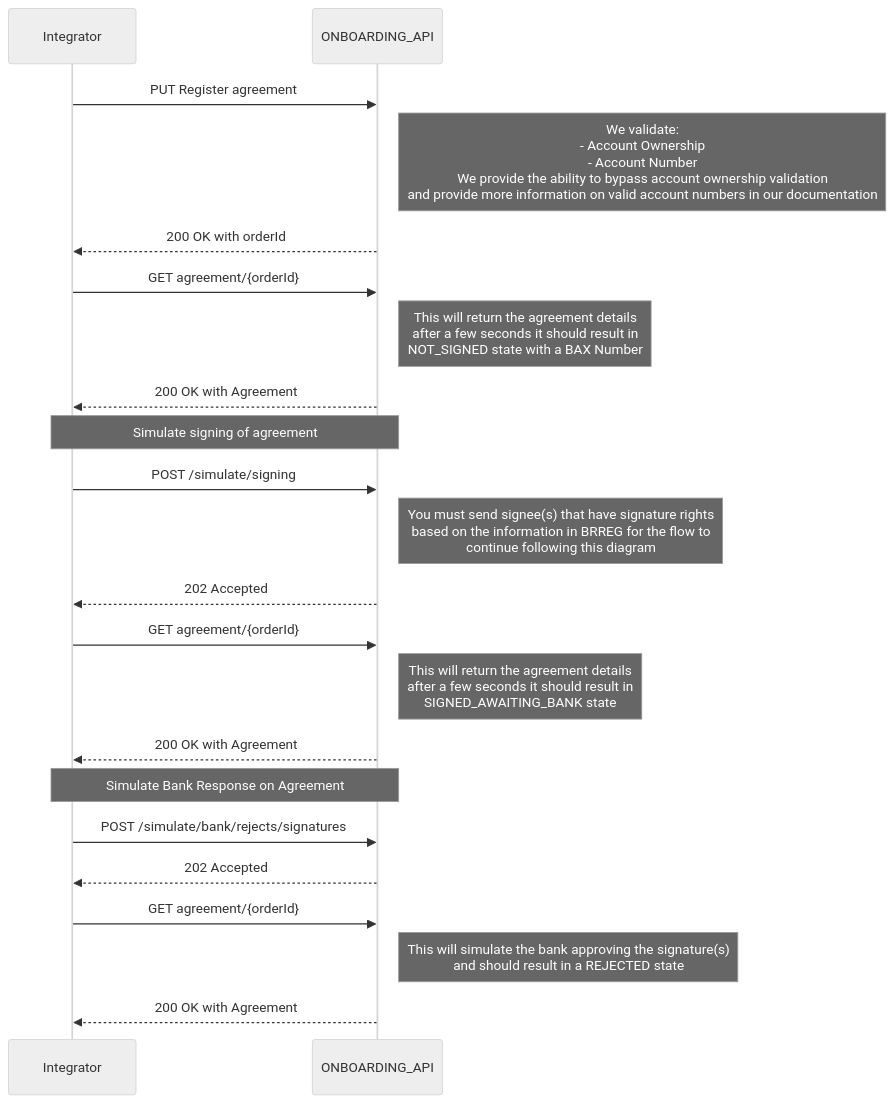
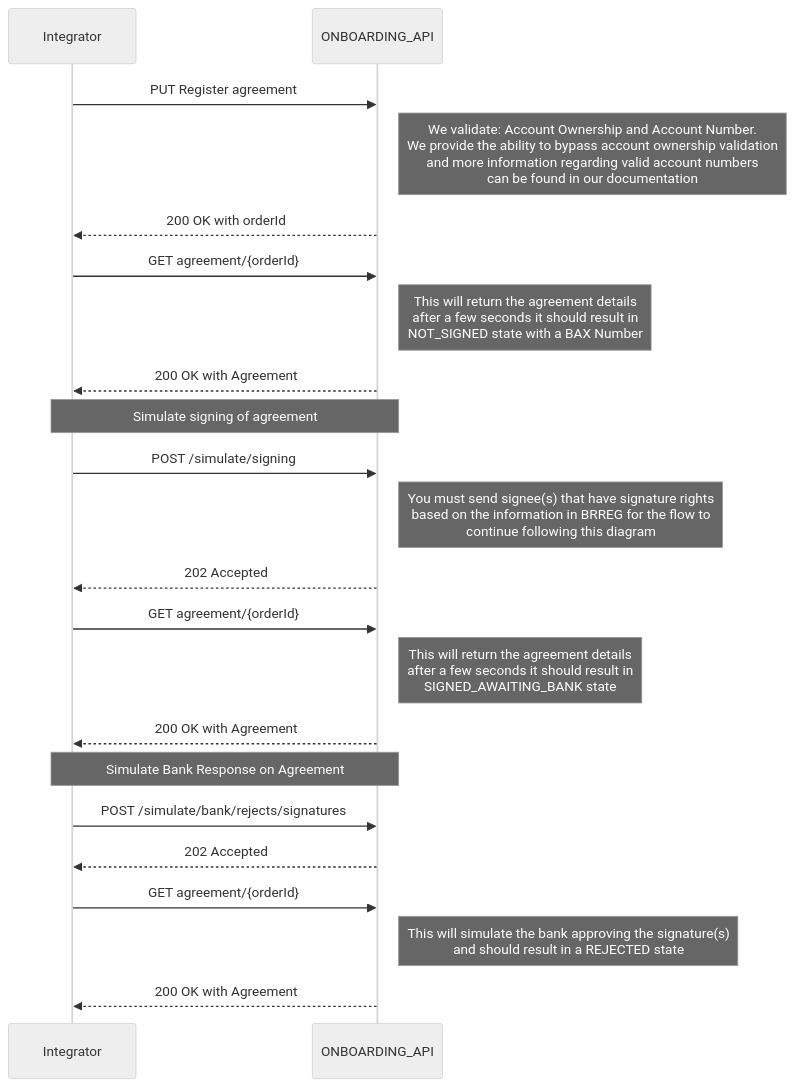
One commit to BankAxept/bankaxept-onboarding-external-documentation changed the fifth of 5 diagrams in docs/getting_started.md. Above: the diagram before and after it, drawn with Mermaid (neutral theme). The commit also changed other lines of this file, not shown here.

````diff
--- a/docs/getting_started.md
+++ b/docs/getting_started.md
@@ -121,29 +121,29 @@
 ```mermaid
 sequenceDiagram
 participant I as Integrator
 participant O as ONBOARDING_API
 
 I ->> O: PUT Register agreement
-note right of O: We validate: <br/> - Account Ownership                   <br/> - Account Number <br/> We provide the ability to bypass account ownership validation <br/> and provide more information on valid account numbers in our documentation
+note right of O: We validate: Account Ownership and Account Number. <br/> We provide the ability to bypass account ownership validation <br/> and more information regarding valid account numbers <br/> can be found in our documentation
 O -->> I: 200 OK with orderId
 
 I ->> O: GET agreement/{orderId}
 note right of O: This will return the agreement details <br/> after a few seconds it should result in <br/> NOT_SIGNED state with a BAX Number
 O -->> I: 200 OK with Agreement
 note over I, O: Simulate signing of agreement
 I ->> O: POST /simulate/signing
 note right of O: You must send signee(s) that have signature rights <br/> based on the information in BRREG for the flow to <br/> continue following this diagram
 O -->> I: 202 Accepted
 I ->> O: GET agreement/{orderId}
 note right of O: This will return the agreement details <br/> after a few seconds it should result in <br/> SIGNED_AWAITING_BANK state
 O -->> I: 200 OK with Agreement
 
 note over I, O: Simulate Bank Response on Agreement
 
 I ->> O: POST /simulate/bank/rejects/signatures
 
 O -->> I: 202 Accepted
 I ->> O: GET agreement/{orderId}
 note right of O: This will simulate the bank approving the signature(s) <br/> and should result in a REJECTED state
 O -->> I: 200 OK with Agreement
 ```
````
